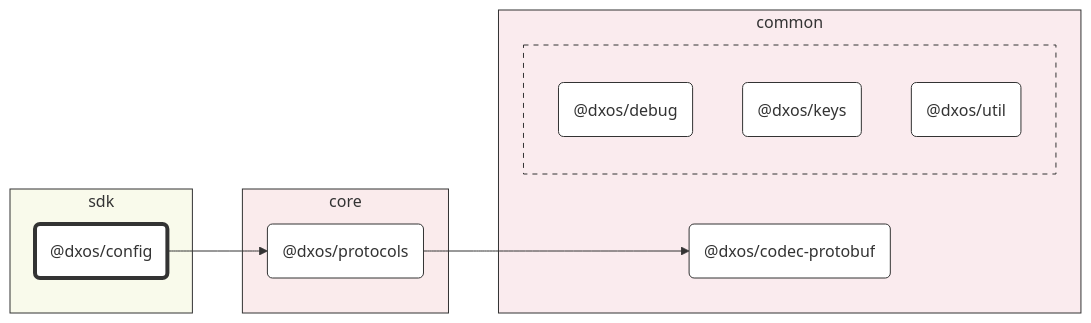
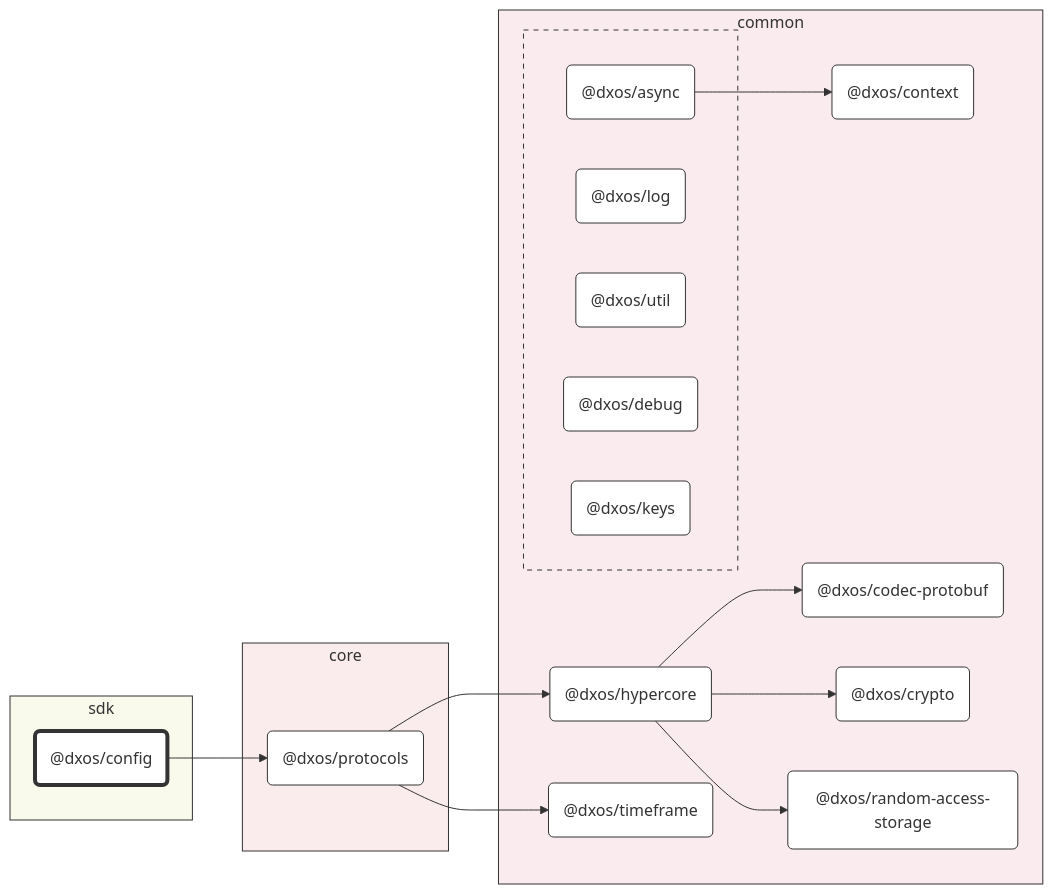
Before and after one commit to dxos/dxos: the diagram in packages/sdk/config/docs/README.md, drawn with Mermaid. The commit also changed other lines of this file and 95 other files, not shown here.

Commit message:
Class diagrams.

````diff
--- a/packages/sdk/config/docs/README.md
+++ b/packages/sdk/config/docs/README.md
@@ -7,44 +7,63 @@
 ```mermaid
 %%{ init: {'flowchart':{'curve':'basis'}} }%%
 
 flowchart LR
 
 %% Classes
 classDef def fill:#fff,stroke:#333,stroke-width:1px
 classDef root fill:#fff,stroke:#333,stroke-width:4px
 
 %% Nodes
 
 subgraph sdk [sdk]
   style sdk fill:#f9faeb,stroke:#333
   dxos/config("@dxos/config"):::root
   click dxos/config "dxos/dxos/tree/main/packages/sdk/config/docs"
 end
 
 subgraph common [common]
   style common fill:#faebee,stroke:#333
   dxos/codec-protobuf("@dxos/codec-protobuf"):::def
   click dxos/codec-protobuf "dxos/dxos/tree/main/packages/common/codec-protobuf/docs"
+  dxos/context("@dxos/context"):::def
+  click dxos/context "dxos/dxos/tree/main/packages/common/context/docs"
+  dxos/hypercore("@dxos/hypercore"):::def
+  click dxos/hypercore "dxos/dxos/tree/main/packages/common/hypercore/docs"
+  dxos/crypto("@dxos/crypto"):::def
+  click dxos/crypto "dxos/dxos/tree/main/packages/common/crypto/docs"
+  dxos/random-access-storage("@dxos/random-access-storage"):::def
+  click dxos/random-access-storage "dxos/dxos/tree/main/packages/common/random-access-storage/docs"
+  dxos/timeframe("@dxos/timeframe"):::def
+  click dxos/timeframe "dxos/dxos/tree/main/packages/common/timeframe/docs"
 
   subgraph _ [ ]
     style _ fill:#faebee,stroke:#333,stroke-dasharray:5 5
+    dxos/async("@dxos/async"):::def
+    click dxos/async "dxos/dxos/tree/main/packages/common/async/docs"
+    dxos/log("@dxos/log"):::def
+    click dxos/log "dxos/dxos/tree/main/packages/common/log/docs"
+    dxos/util("@dxos/util"):::def
+    click dxos/util "dxos/dxos/tree/main/packages/common/util/docs"
     dxos/debug("@dxos/debug"):::def
     click dxos/debug "dxos/dxos/tree/main/packages/common/debug/docs"
     dxos/keys("@dxos/keys"):::def
     click dxos/keys "dxos/dxos/tree/main/packages/common/keys/docs"
-    dxos/util("@dxos/util"):::def
-    click dxos/util "dxos/dxos/tree/main/packages/common/util/docs"
   end
 end
 
 subgraph core [core]
   style core fill:#faebec,stroke:#333
   dxos/protocols("@dxos/protocols"):::def
   click dxos/protocols "dxos/dxos/tree/main/packages/core/protocols/docs"
 end
 
 %% Links
 linkStyle default stroke:#333,stroke-width:1px
+dxos/async --> dxos/context
 dxos/config --> dxos/protocols
-dxos/protocols --> dxos/codec-protobuf
+dxos/protocols --> dxos/hypercore
+dxos/hypercore --> dxos/codec-protobuf
+dxos/hypercore --> dxos/crypto
+dxos/hypercore --> dxos/random-access-storage
+dxos/protocols --> dxos/timeframe
 ```
````
